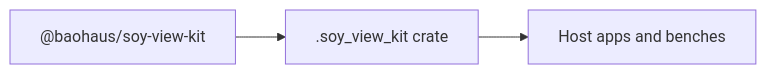
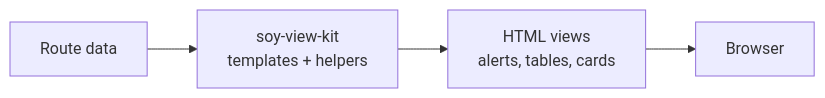
One commit to d4551/docduckgoose changed the diagram in bao-source/soy-view-kit/README.md. Above: the diagram before and after it, drawn with Mermaid. The commit also changed other lines of this file and 295 other files, not shown here.

````diff
--- a/bao-source/soy-view-kit/README.md
+++ b/bao-source/soy-view-kit/README.md
@@ -10,5 +15,6 @@
 ```mermaid
 flowchart LR
-  producer["@baohaus/soy-view-kit"] --> crate[".soy_view_kit crate"]
-  crate --> consumers["Host apps and benches"]
+  data["Route data"] --> helpers["soy-view-kit\ntemplates + helpers"]
+  helpers --> views["HTML views\nalerts, tables, cards"]
+  views --> browser["Browser"]
 ```
````
